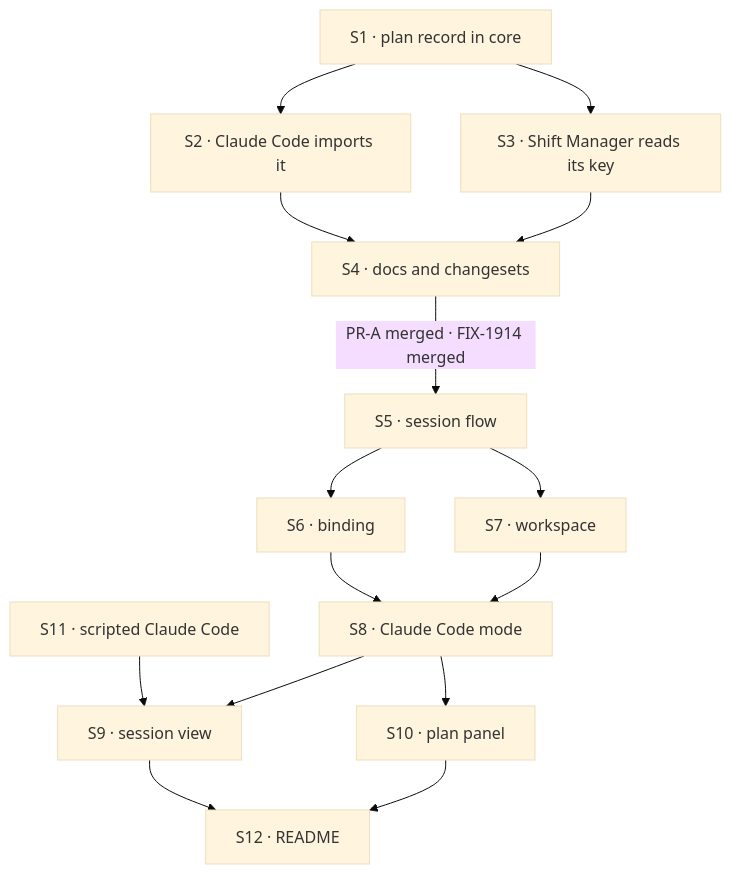
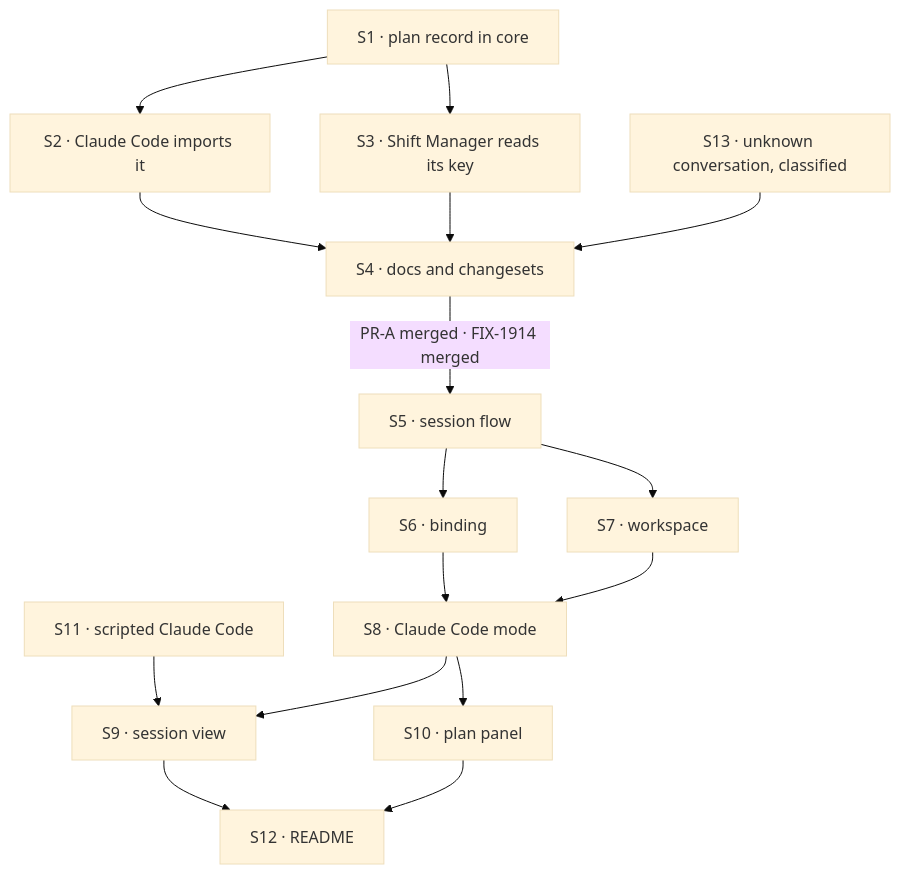
Before and after one commit to fixpoint-labs/flow-state-dev: the diagram in specs/issues/FIX-1915/PLAN.md, drawn with Mermaid (base theme). The commit also changed other lines of this file and 13 other files, not shown here.

First line of the commit message:
spec(FIX-1907): refusal only on an unknown conversation; fix a stale line

````diff
--- a/specs/issues/FIX-1915/PLAN.md
+++ b/specs/issues/FIX-1915/PLAN.md
@@ -28,17 +29,18 @@
 ```mermaid
 flowchart TD
   S1["S1 · plan record in core"] --> S2["S2 · Claude Code imports it"]
   S1 --> S3["S3 · Shift Manager reads its key"]
   S2 --> S4["S4 · docs and changesets"]
   S3 --> S4
+  S13["S13 · unknown conversation, classified"] --> S4
   S4 -->|"PR-A merged · FIX-1914 merged"| S5["S5 · session flow"]
   S5 --> S6["S6 · binding"]
   S5 --> S7["S7 · workspace"]
   S6 --> S8["S8 · Claude Code mode"]
   S7 --> S8
   S11["S11 · scripted Claude Code"] --> S9
   S8 --> S9["S9 · session view"]
   S8 --> S10["S10 · plan panel"]
   S9 --> S12["S12 · README"]
   S10 --> S12
 ```
````
